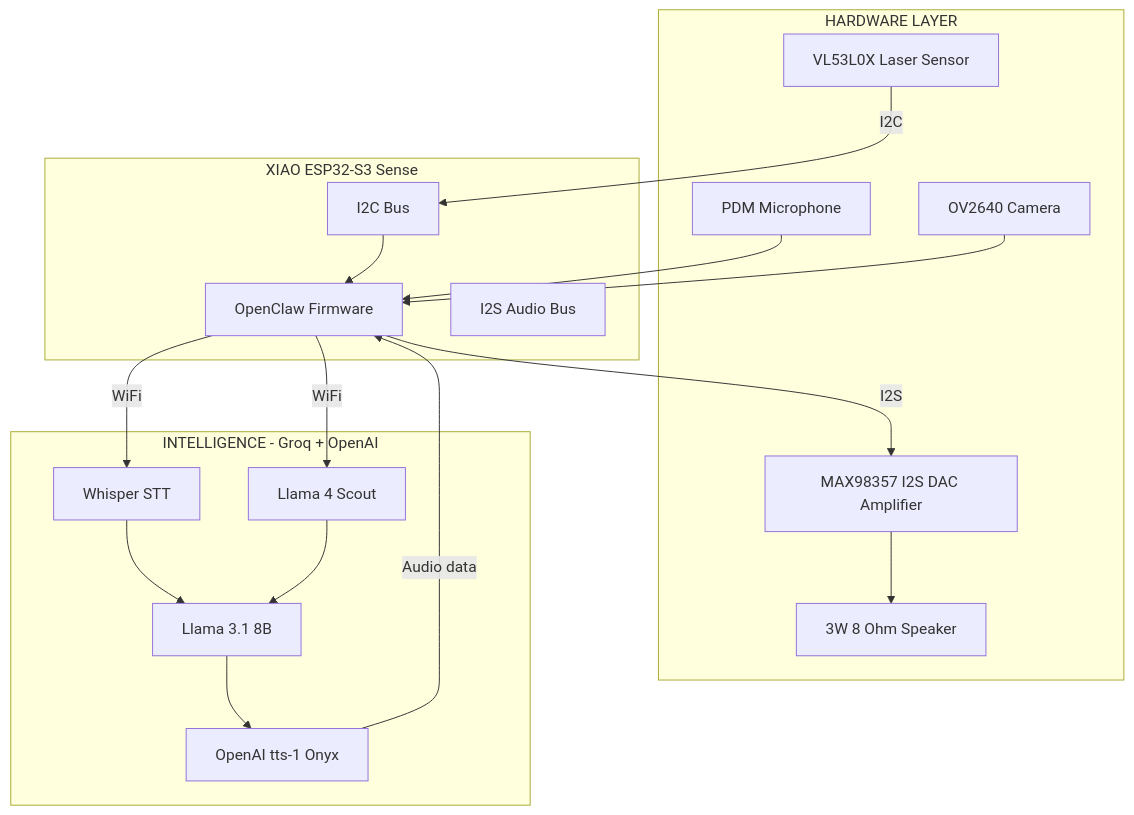
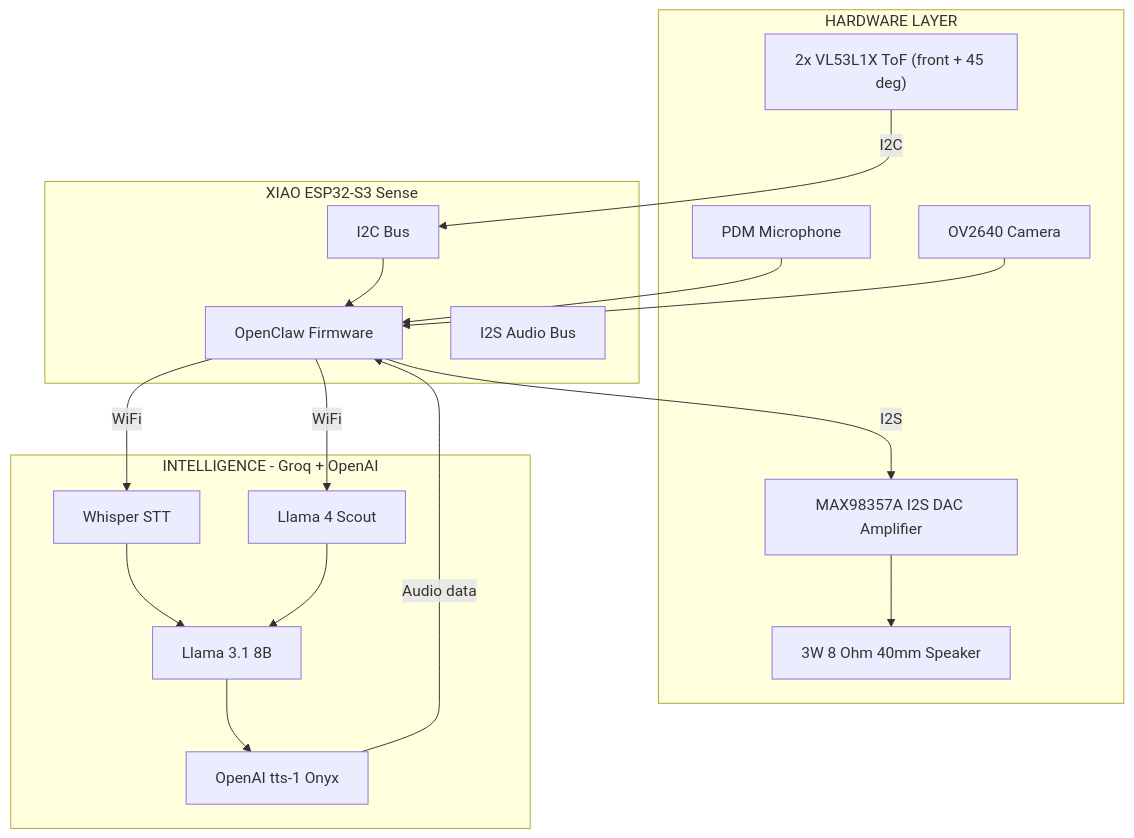
The second of 6 diagrams in PHASE2_SENSES.md (zabbix-byte/real-tars), drawn with Mermaid before and after one commit. The commit also changed other lines of this file and 6 other files, not shown here.

````diff
--- a/PHASE2_SENSES.md
+++ b/PHASE2_SENSES.md
@@ -49,36 +49,36 @@
 ```mermaid
 graph TB
     subgraph HARDWARE["HARDWARE LAYER"]
         MIC["PDM Microphone"]
         CAM["OV2640 Camera"]
-        LIDAR["VL53L0X Laser Sensor"]
-        AMP["MAX98357 I2S DAC Amplifier"]
-        SPK["3W 8 Ohm Speaker"]
+        LIDAR["2x VL53L1X ToF (front + 45 deg)"]
+        AMP["MAX98357A I2S DAC Amplifier"]
+        SPK["3W 8 Ohm 40mm Speaker"]
     end
 
     subgraph XIAO["XIAO ESP32-S3 Sense"]
         OC["OpenClaw Firmware"]
         I2C["I2C Bus"]
         I2S["I2S Audio Bus"]
     end
 
     subgraph CLOUD["INTELLIGENCE - Groq + OpenAI"]
         STT["Whisper STT"]
         LLM["Llama 3.1 8B"]
         VIS["Llama 4 Scout"]
         TTS["OpenAI tts-1 Onyx"]
     end
 
     MIC --> OC
     CAM --> OC
     LIDAR -->|"I2C"| I2C
     I2C --> OC
     OC -->|"WiFi"| STT
     OC -->|"WiFi"| VIS
     STT --> LLM
     VIS --> LLM
     LLM --> TTS
     TTS -->|"Audio data"| OC
     OC -->|"I2S"| AMP
     AMP --> SPK
 ```
````
